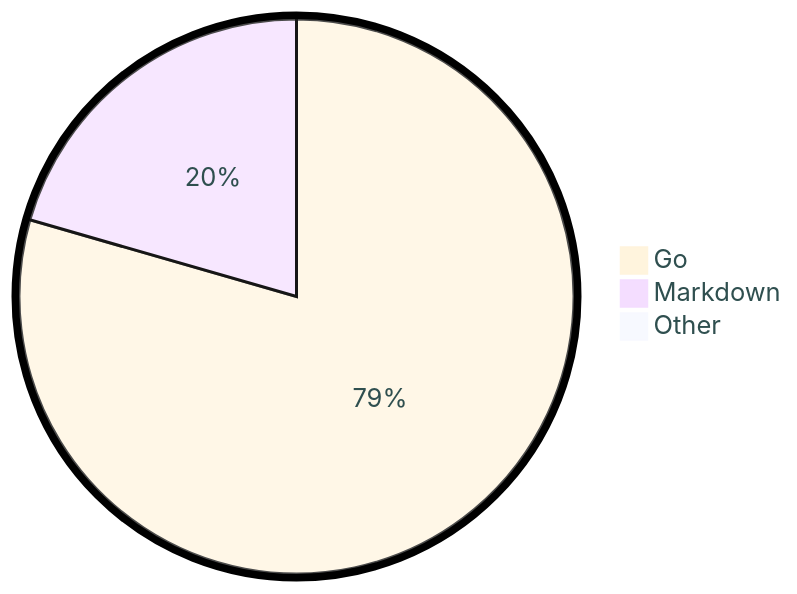
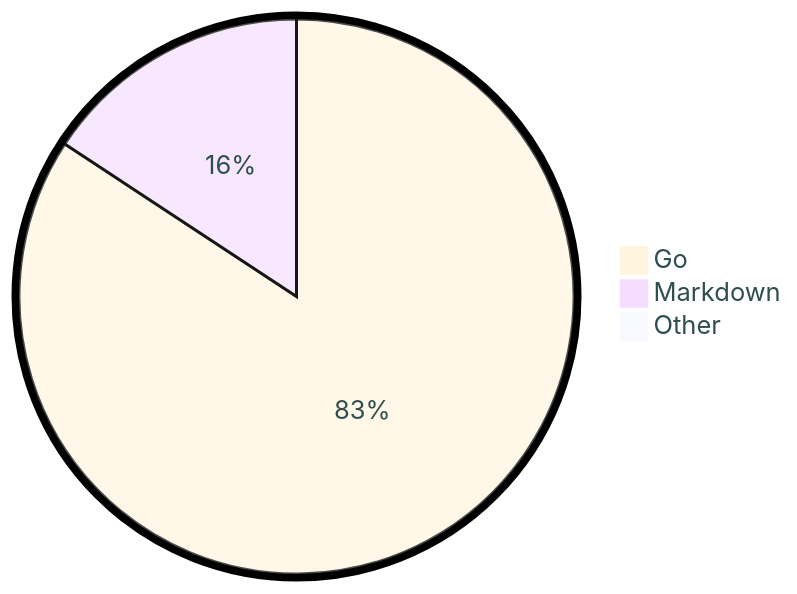
The diagram in README.md (tot0p/tot0p), drawn with Mermaid before and after one commit. The commit also changed other lines of this file, not shown here.

````diff
--- a/README.md
+++ b/README.md
@@ -119,7 +119,7 @@
 ```mermaid
 %%{init: {"pie": {"textPosition": 0.5}, "themeVariables": {"pieOuterStrokeWidth": "5px","primaryTextColor" : "#2F4F4F"},"theme":"base"} }%%
 pie
-	"Go": 78.75
-	"Markdown": 20.36
-	"Other": 0.89
+	"Go": 83.44
+	"Markdown": 15.58
+	"Other": 0.98
 ```
````
